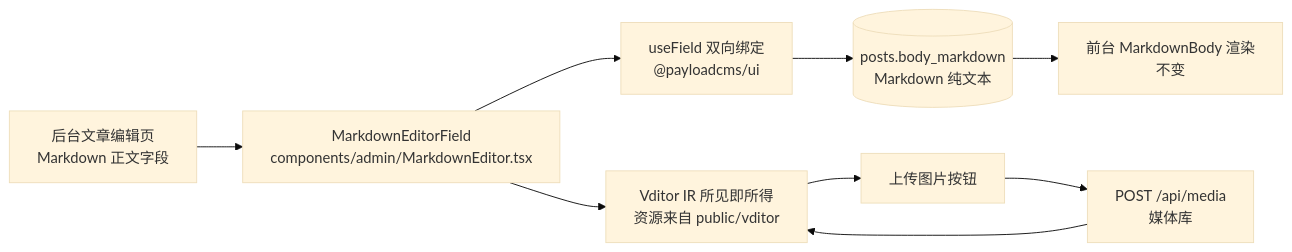
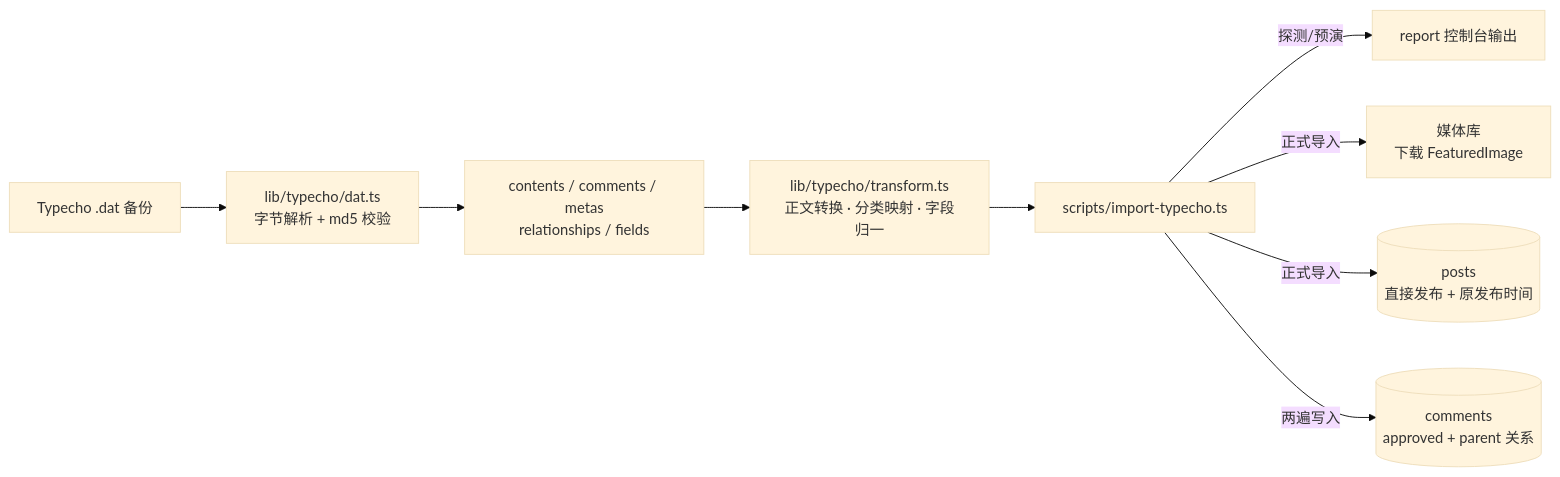
One commit to cc2562/oldtech changed the diagram in .codebuddy/plans/markdown-wysiwyg-editor_082f756a.md. Above: the diagram before and after it, drawn with Mermaid (base theme). The commit also changed other lines of this file and 19 other files, not shown here.

````diff
--- a/.codebuddy/plans/markdown-wysiwyg-editor_082f756a.md
+++ b/.codebuddy/plans/markdown-wysiwyg-editor_082f756a.md
@@ -92,11 +138,11 @@
 ```mermaid
 flowchart LR
-  A[后台文章编辑页<br/>Markdown 正文字段] --> B[MarkdownEditorField<br/>components/admin/MarkdownEditor.tsx]
-  B --> C[useField 双向绑定<br/>@payloadcms/ui]
-  B --> D[Vditor IR 所见即所得<br/>资源来自 public/vditor]
-  D --> E[上传图片按钮]
-  E --> F[POST /api/media<br/>媒体库]
-  F --> D
-  C --> G[(posts.body_markdown<br/>Markdown 纯文本)]
-  G --> H[前台 MarkdownBody 渲染<br/>不变]
+  A[Typecho .dat 备份] --> B[lib/typecho/dat.ts<br/>字节解析 + md5 校验]
+  B --> C[contents / comments / metas<br/>relationships / fields]
+  C --> D[lib/typecho/transform.ts<br/>正文转换 · 分类映射 · 字段归一]
+  D --> E[scripts/import-typecho.ts]
+  E -- 探测/预演 --> F[report 控制台输出]
+  E -- 正式导入 --> G[媒体库<br/>下载 FeaturedImage]
+  E -- 正式导入 --> H[(posts<br/>直接发布 + 原发布时间)]
+  E -- 两遍写入 --> I[(comments<br/>approved + parent 关系)]
 ```
````
